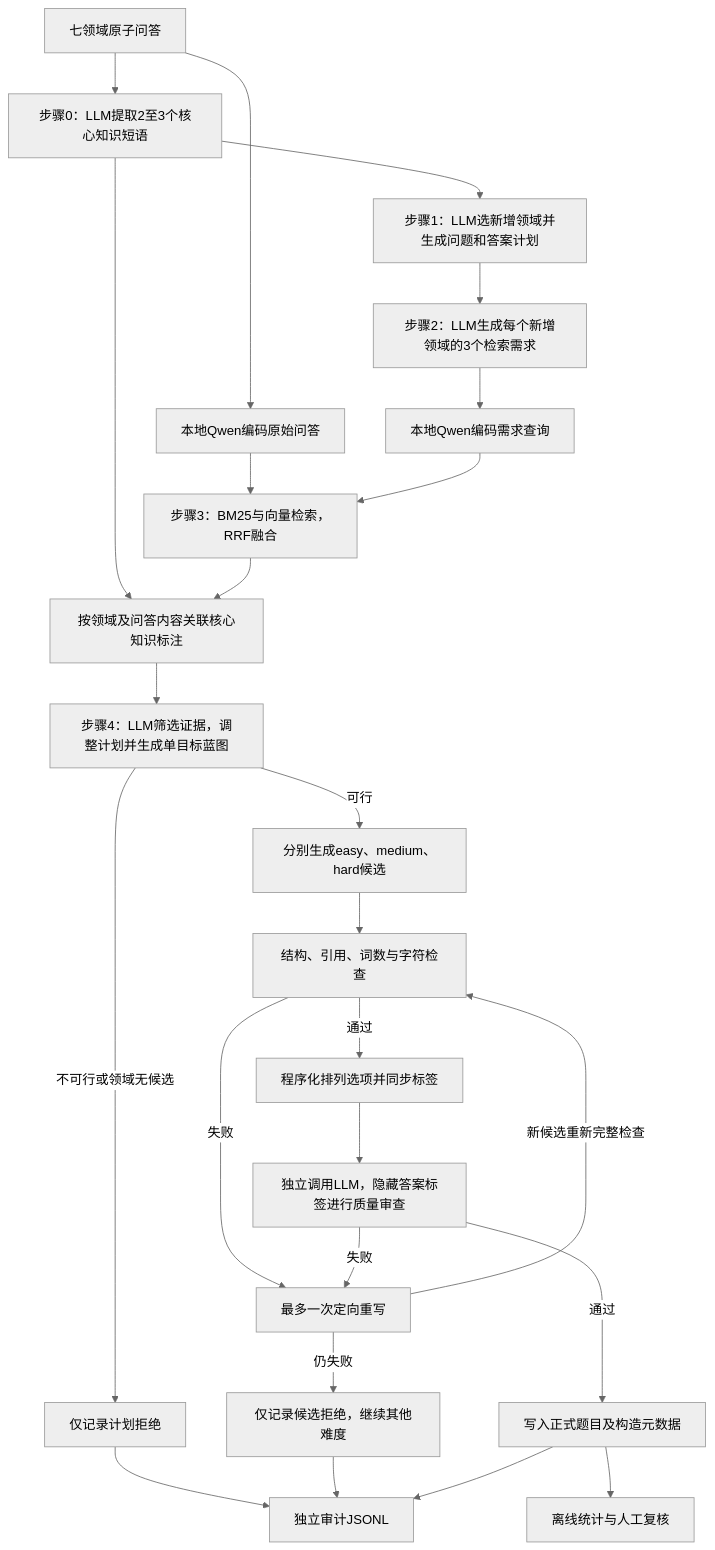
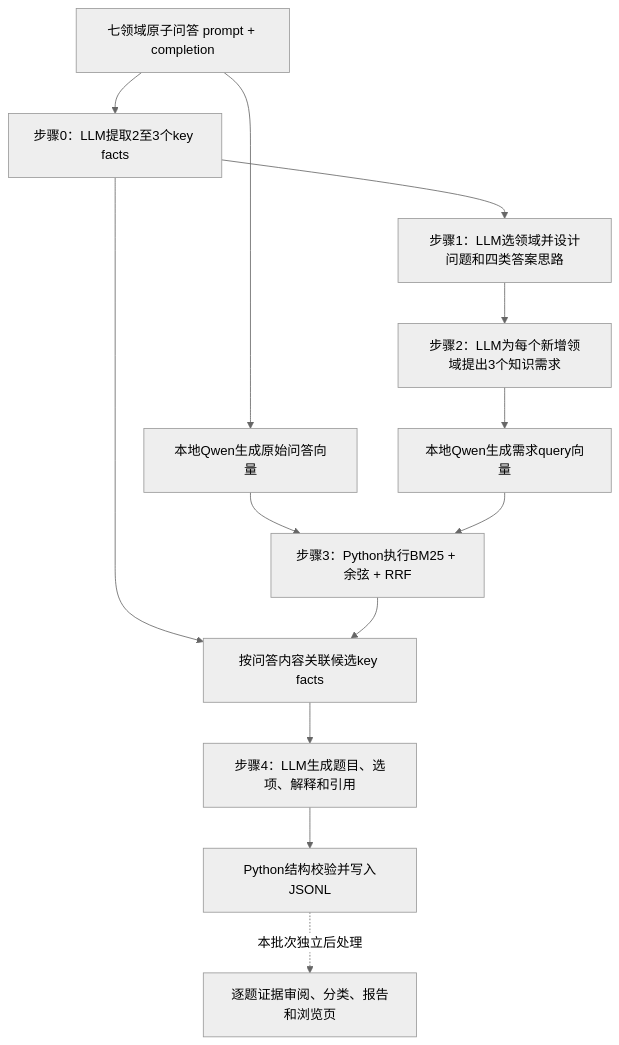
The diagram in knowledge/pipielines_v6/CURRENT_WORKFLOW_20261001.md (taltalw/cross-x), drawn with Mermaid (neutral theme) before and after one commit. The commit also changed other lines of this file and 117 other files, not shown here.

````diff
--- a/knowledge/pipielines_v6/CURRENT_WORKFLOW_20261001.md
+++ b/knowledge/pipielines_v6/CURRENT_WORKFLOW_20261001.md
@@ -9,27 +9,15 @@
 ```mermaid
 flowchart TD
-    A[七领域原子问答] --> B[步骤0：LLM提取2至3个核心知识短语]
-    B --> C[步骤1：LLM选新增领域并生成问题和答案计划]
-    C --> D[步骤2：LLM生成每个新增领域的3个检索需求]
-    A --> E[本地Qwen编码原始问答]
-    D --> F[本地Qwen编码需求查询]
-    E --> G[步骤3：BM25与向量检索，RRF融合]
+    A[七领域原子问答 prompt + completion] --> B[步骤0：LLM提取2至3个key facts]
+    B --> C[步骤1：LLM选领域并设计问题和四类答案思路]
+    C --> D[步骤2：LLM为每个新增领域提出3个知识需求]
+    A --> E[本地Qwen生成原始问答向量]
+    D --> F[本地Qwen生成需求query向量]
+    E --> G[步骤3：Python执行BM25 + 余弦 + RRF]
     F --> G
-    B --> H[按领域及问答内容关联核心知识标注]
+    B --> H[按问答内容关联候选key facts]
     G --> H
-    H --> I[步骤4：LLM筛选证据，调整计划并生成单目标蓝图]
-    I -->|不可行或领域无候选| R[仅记录计划拒绝]
-    I -->|可行| J[分别生成easy、medium、hard候选]
-    J --> K[结构、引用、词数与字符检查]
-    K -->|通过| L[程序化排列选项并同步标签]
-    L --> M[独立调用LLM，隐藏答案标签进行质量审查]
-    M -->|通过| N[写入正式题目及构造元数据]
-    K -->|失败| P[最多一次定向重写]
-    M -->|失败| P
-    P -->|新候选重新完整检查| K
-    P -->|仍失败| Q[仅记录候选拒绝，继续其他难度]
-    N --> S[离线统计与人工复核]
-    R --> T[独立审计JSONL]
-    Q --> T
-    N --> T
+    H --> I[步骤4：LLM生成题目、选项、解释和引用]
+    I --> J[Python结构校验并写入JSONL]
+    J -. 本批次独立后处理 .-> K[逐题证据审阅、分类、报告和浏览页]
 ```
````
